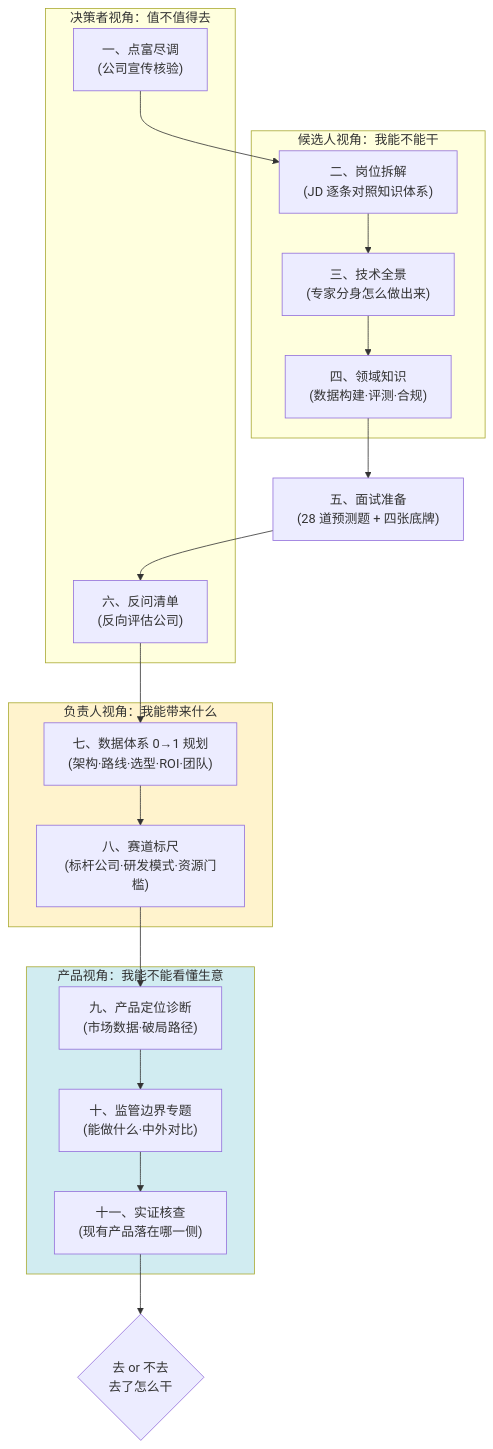
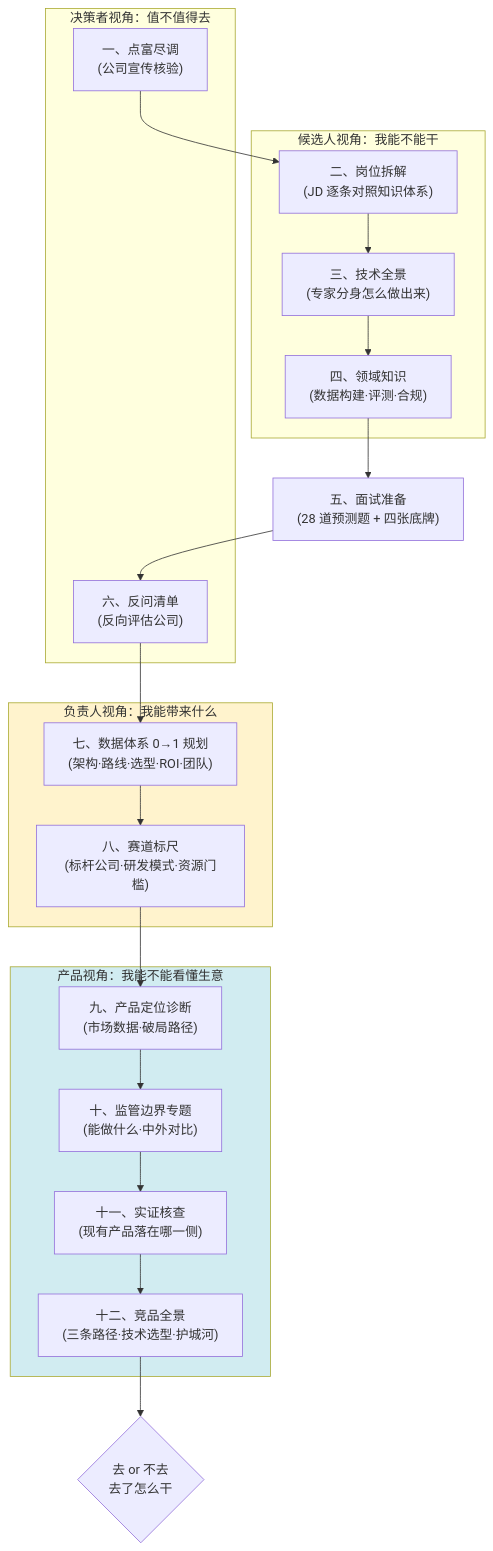
The first of 27 diagrams in part7-ai-engineering/12-案例-点富科技大模型数据评测岗.md (LiPingjiang/Full-Stack-Knowledge-Book), drawn with Mermaid before and after one commit. The commit also changed other lines of this file and 2 other files, not shown here.

````diff
--- a/part7-ai-engineering/12-案例-点富科技大模型数据评测岗.md
+++ b/part7-ai-engineering/12-案例-点富科技大模型数据评测岗.md
@@ -32,28 +32,29 @@
 ```mermaid
 flowchart TD
     subgraph S1["候选人视角：我能不能干"]
         B["二、岗位拆解<br/>(JD 逐条对照知识体系)"]
         C["三、技术全景<br/>(专家分身怎么做出来)"]
         D["四、领域知识<br/>(数据构建·评测·合规)"]
     end
     subgraph S2["决策者视角：值不值得去"]
         A["一、点富尽调<br/>(公司宣传核验)"]
         F["六、反问清单<br/>(反向评估公司)"]
     end
     subgraph S3["负责人视角：我能带来什么"]
         G["七、数据体系 0→1 规划<br/>(架构·路线·选型·ROI·团队)"]
         I["八、赛道标尺<br/>(标杆公司·研发模式·资源门槛)"]
     end
     subgraph S4["产品视角：我能不能看懂生意"]
         J["九、产品定位诊断<br/>(市场数据·破局路径)"]
         K["十、监管边界专题<br/>(能做什么·中外对比)"]
         L["十一、实证核查<br/>(现有产品落在哪一侧)"]
+        M["十二、竞品全景<br/>(三条路径·技术选型·护城河)"]
     end
 
     A --> B --> C --> D --> E["五、面试准备<br/>(28 道预测题 + 四张底牌)"]
-    E --> F --> G --> I --> J --> K --> L
-    L --> H{"去 or 不去<br/>去了怎么干"}
+    E --> F --> G --> I --> J --> K --> L --> M
+    M --> H{"去 or 不去<br/>去了怎么干"}
 
     style S3 fill:#fff3cd
     style S4 fill:#d1ecf1
 ```
````
